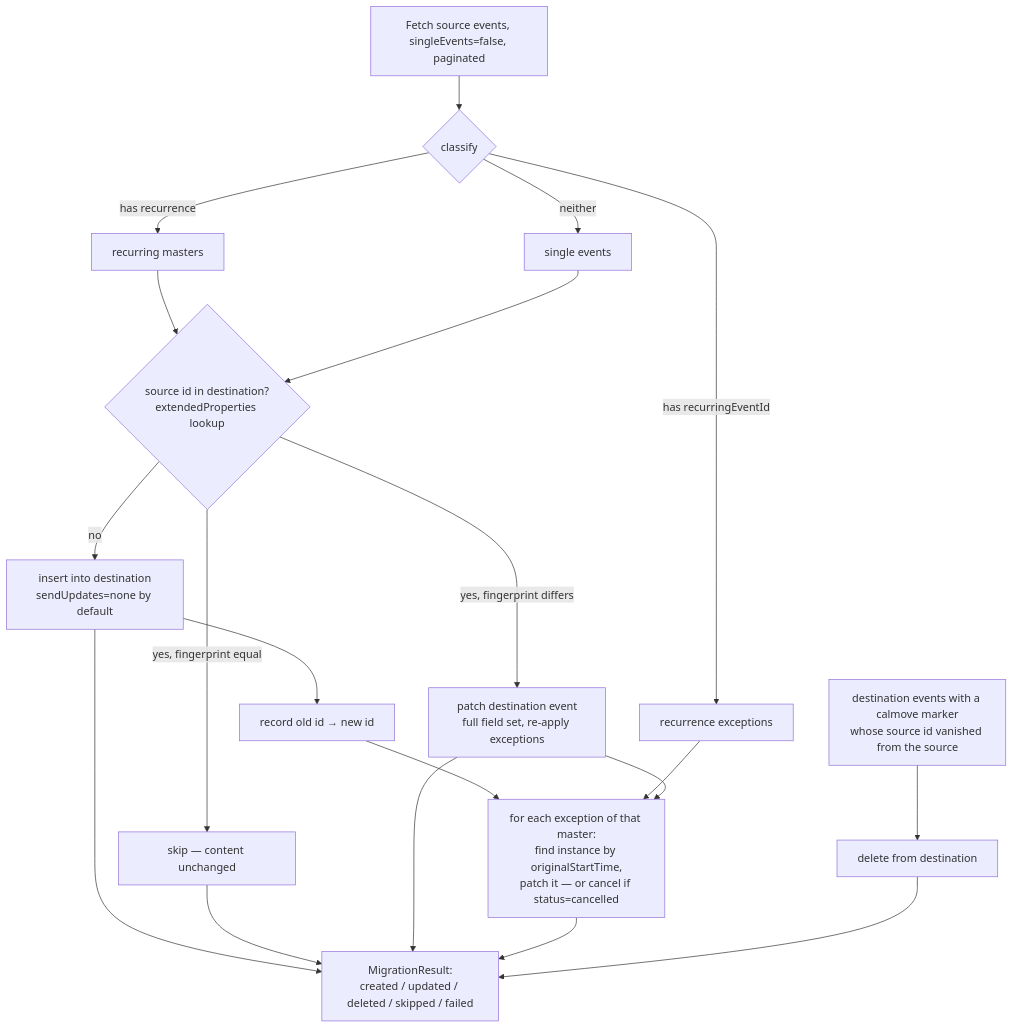
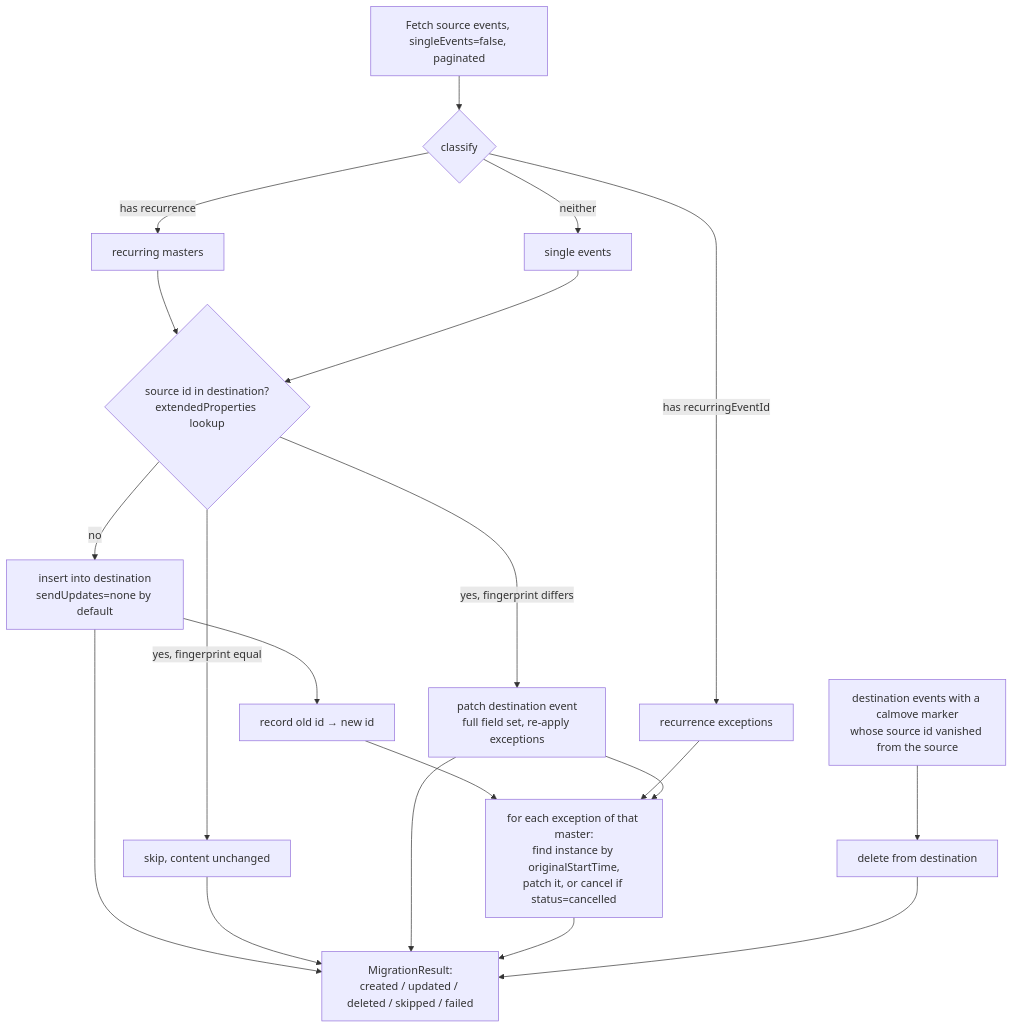
One commit to p1x3l4rtd3v/CalMove changed the fourth of 5 diagrams in docs/SPECIFICATION.md. Above: the diagram before and after it, drawn with Mermaid. The commit also changed other lines of this file and 25 other files, not shown here.

````diff
--- a/docs/SPECIFICATION.md
+++ b/docs/SPECIFICATION.md
@@ -193,17 +193,17 @@
 ```mermaid
 flowchart TD
     F[Fetch source events, singleEvents=false, paginated] --> SPLIT{classify}
     SPLIT -->|has recurrence| MASTERS[recurring masters]
     SPLIT -->|has recurringEventId| EXC[recurrence exceptions]
     SPLIT -->|neither| SINGLES[single events]
     MASTERS & SINGLES --> LOOKUP{source id in destination?<br/>extendedProperties lookup}
     LOOKUP -->|no| CREATE[insert into destination<br/>sendUpdates=none by default]
-    LOOKUP -->|yes, fingerprint equal| SKIP[skip — content unchanged]
+    LOOKUP -->|yes, fingerprint equal| SKIP[skip, content unchanged]
     LOOKUP -->|yes, fingerprint differs| UPDATE[patch destination event<br/>full field set, re-apply exceptions]
     CREATE --> MAPID[record old id → new id]
-    MAPID --> EXC2[for each exception of that master:<br/>find instance by originalStartTime,<br/>patch it — or cancel if status=cancelled]
+    MAPID --> EXC2[for each exception of that master:<br/>find instance by originalStartTime,<br/>patch it, or cancel if status=cancelled]
     EXC --> EXC2
     UPDATE --> EXC2
     LOOKUP2[destination events with a calmove marker<br/>whose source id vanished from the source] --> DELETE[delete from destination]
     CREATE & SKIP & UPDATE & EXC2 & DELETE --> REPORT[MigrationResult:<br/>created / updated / deleted / skipped / failed]
 ```
````
